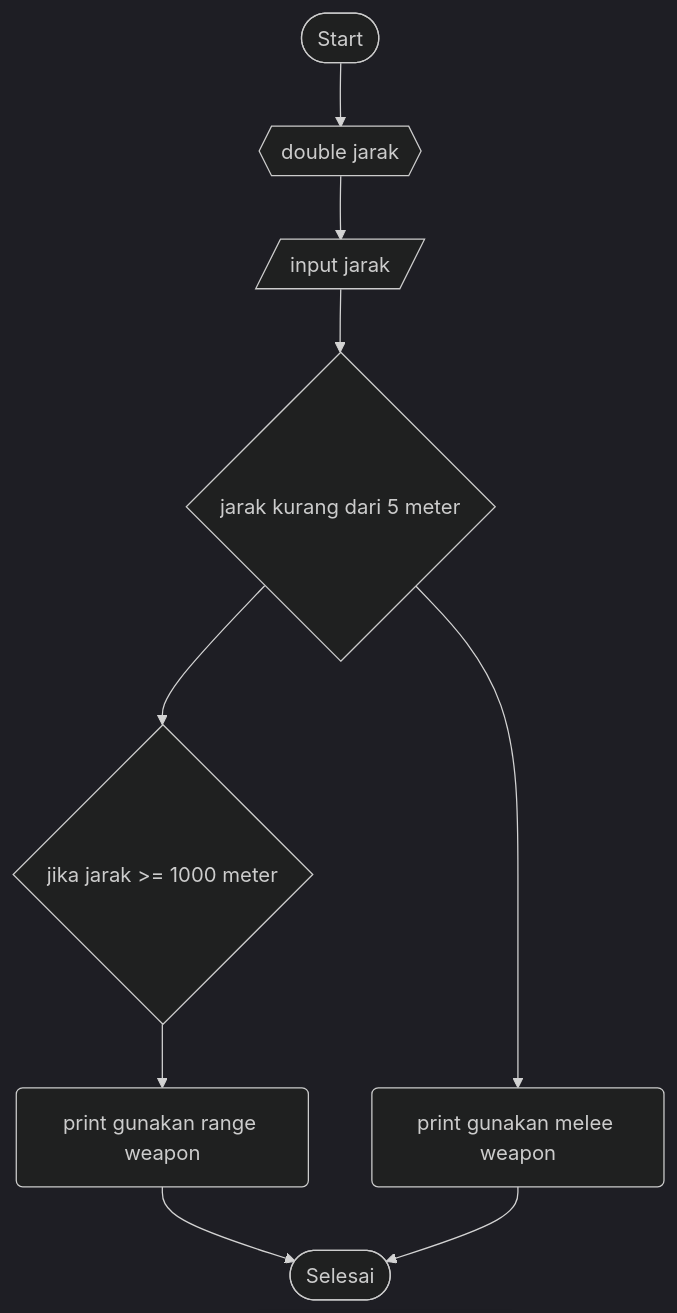
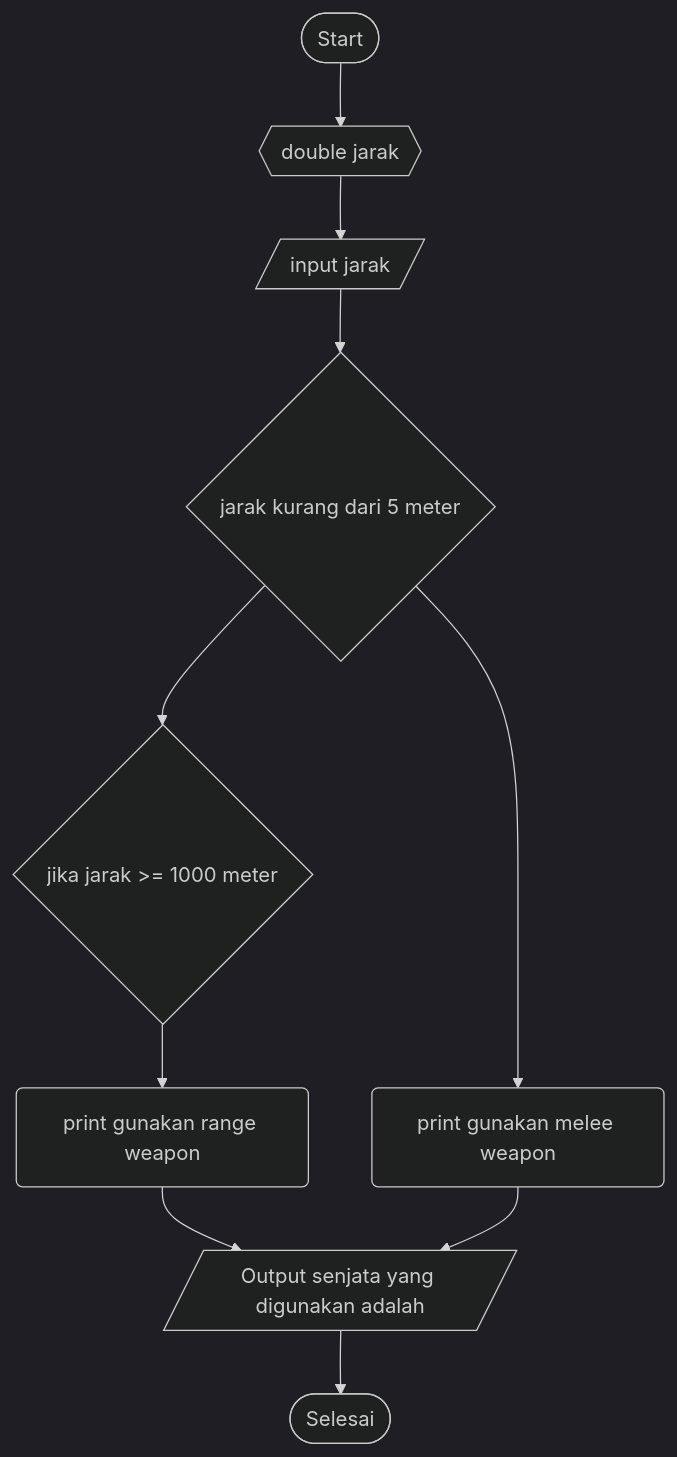
The diagram in JustForFun.md (SATRIODIANNUGROHO/Sample2.1), drawn with Mermaid (dark theme) before and after one commit.

````diff
--- a/JustForFun.md
+++ b/JustForFun.md
@@ -3,11 +3,12 @@
 ```mermaid
 graph TD;
     A([Start])-->B{{double jarak}};
     B{{double jarak}}-->C[/input jarak/];
     C[/input jarak/]-->D{jarak kurang dari 5 meter};
     D{jarak kurang dari 5 meter}-->E(print gunakan melee weapon);
     D{jarak kurang dari 5 meter}-->F{jika jarak >= 1000 meter};
     F{jika jarak >= 1000 meter}-->G(print gunakan range weapon);
-    G(print gunakan range weapon)-->H([Selesai]);
-    E(print gunakan melee weapon)-->H([Selesai]);
+    G(print gunakan range weapon)-->H[/Output senjata yang digunakan adalah/];
+    E(print gunakan melee weapon)-->H[/Output senjata yang digunakan adalah/];
+    H[/Output senjata yang digunakan adalah/]-->I([Selesai]);
 ```
````
